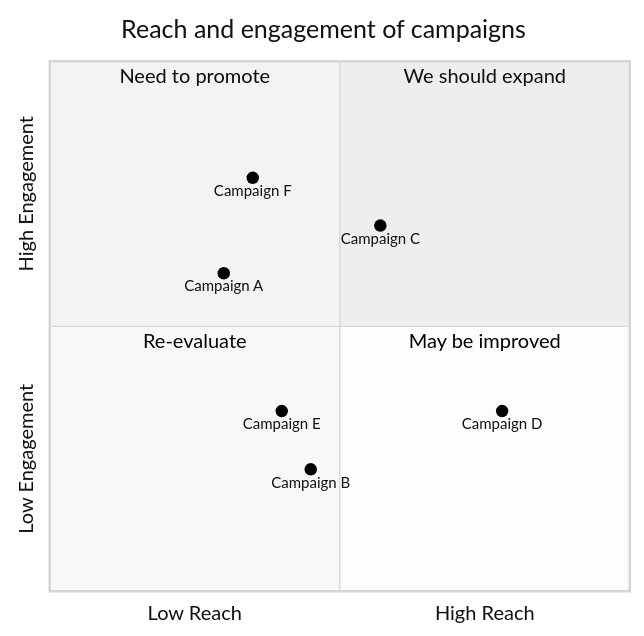
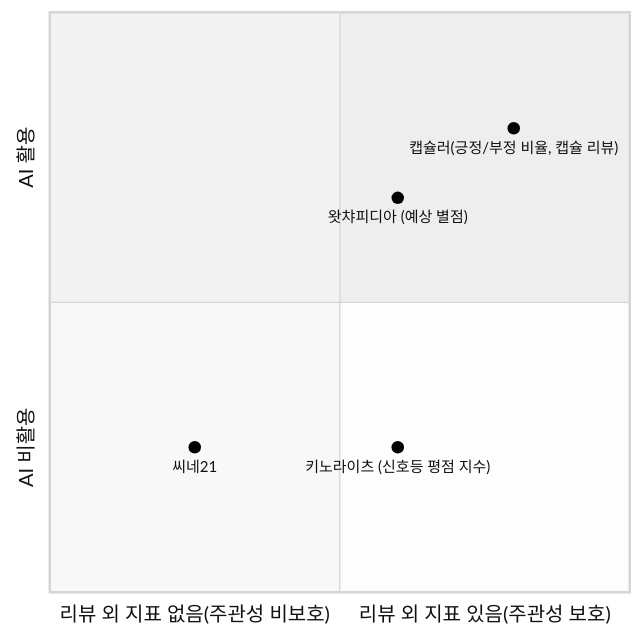
Before and after one commit to kbs-kbs/2025-1-AISP: the first of 3 diagrams in 인공지능 서비스 프로젝트​ 개발 계획서.md, drawn with Mermaid (neutral theme).

Commit message:
Update 인공지능 서비스 프로젝트​ 개발 계획서.md

````diff
--- a/인공지능 서비스 프로젝트​ 개발 계획서.md
+++ b/인공지능 서비스 프로젝트​ 개발 계획서.md
@@ -81,17 +81,11 @@
 ```mermaid
+%%{init: {"quadrantChart": {"pointTextPadding": 10}}}%%
 quadrantChart
-    title Reach and engagement of campaigns
-    x-axis Low Reach --> High Reach
-    y-axis Low Engagement --> High Engagement
-    quadrant-1 We should expand
-    quadrant-2 Need to promote
-    quadrant-3 Re-evaluate
-    quadrant-4 May be improved
-    Campaign A: [0.3, 0.6]
-    Campaign B: [0.45, 0.23]
-    Campaign C: [0.57, 0.69]
-    Campaign D: [0.78, 0.34]
-    Campaign E: [0.40, 0.34]
-    Campaign F: [0.35, 0.78]
+    x-axis "리뷰 외 지표 없음(주관성 비보호)" --> "리뷰 외 지표 있음(주관성 보호)"
+    y-axis "AI 비활용" --> "AI 활용"
+    "키노라이츠 (신호등 평점 지수)": [0.6, 0.25]
+    "왓챠피디아 (예상 별점)": [0.6, 0.68]
+    "씨네21": [0.25, 0.25]
+    "캡슐러(긍정/부정 비율, 캡슐 리뷰)": [0.8, 0.8]
 
 ```
````
